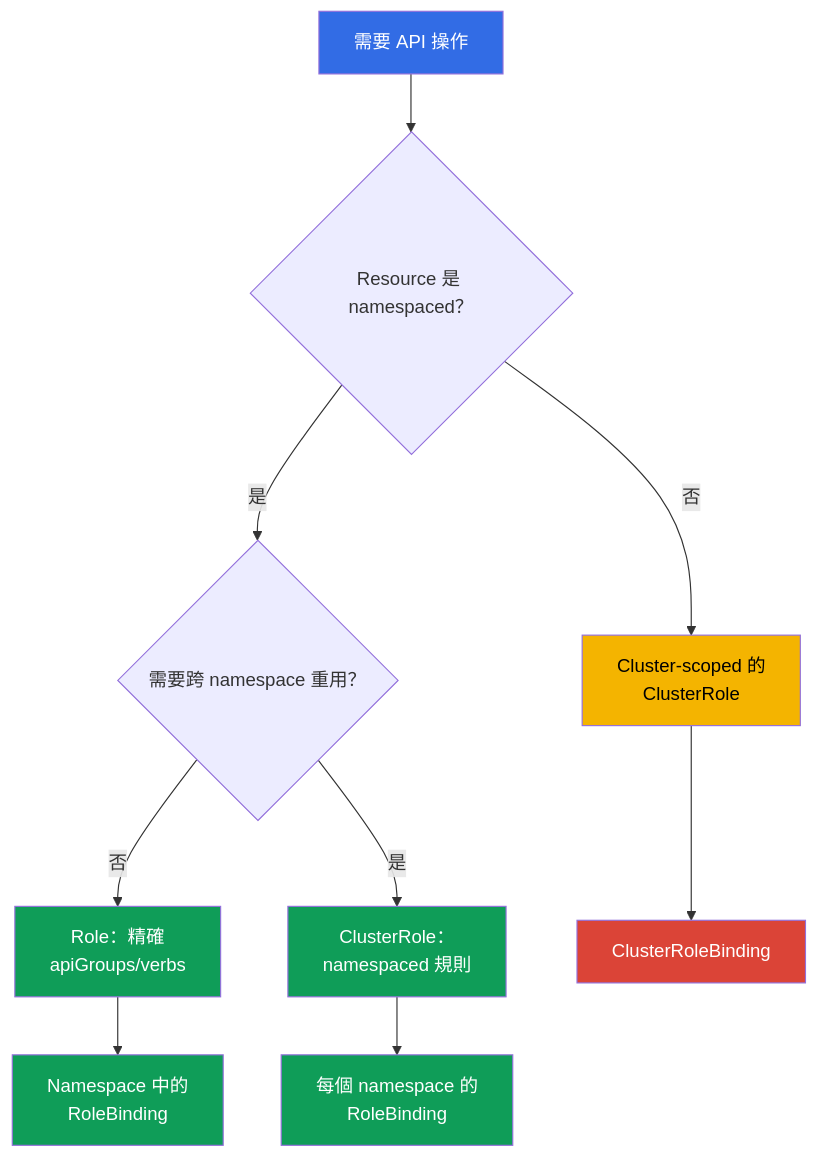
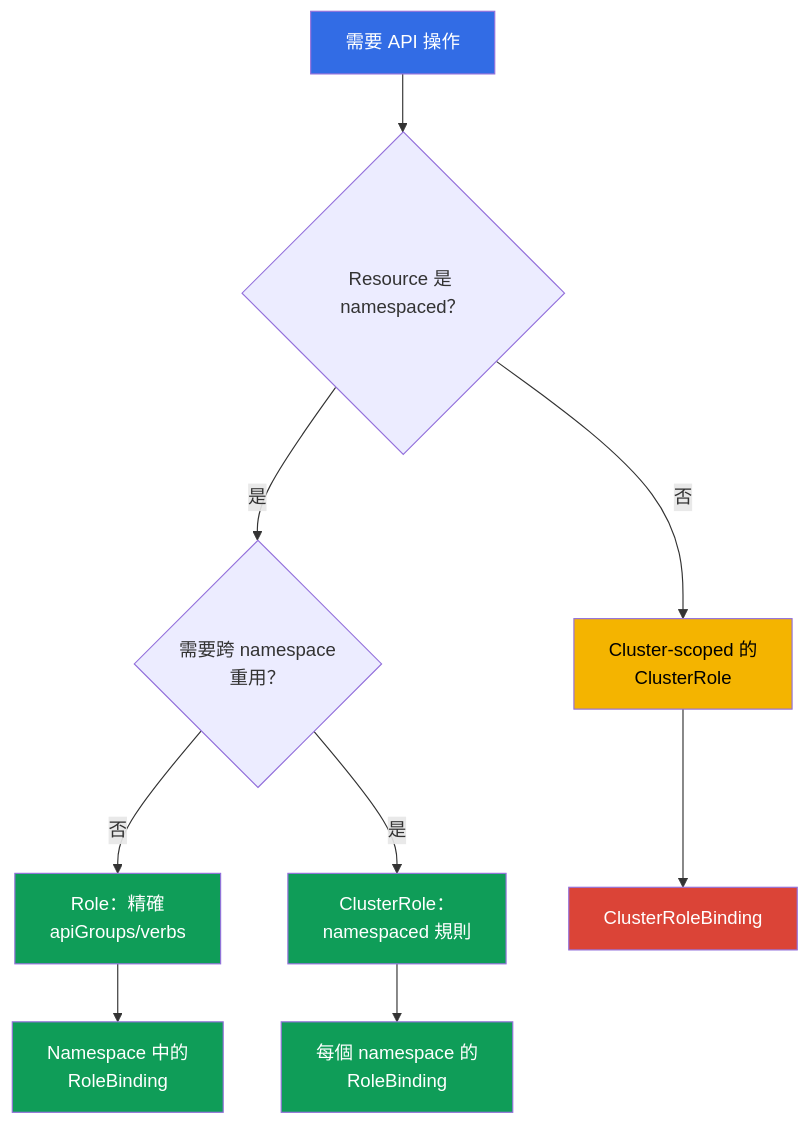
The second of 2 diagrams in tasks/cks/course/10/tw.md (ViktorUJ/cks), drawn with Mermaid before and after one commit. The commit also changed other lines of this file and 280 other files, not shown here.

````diff
--- a/tasks/cks/course/10/tw.md
+++ b/tasks/cks/course/10/tw.md
@@ -285,18 +285,18 @@
 ```mermaid
 flowchart TB
     need["需要 API 操作"] --> scope{"Resource 是 namespaced？"}
-    scope -->|"是"| reuse{"需要跨 namespace 重用？"}
+    scope -->|"是"| reuse{"需要跨 namespace<br/>重用？"}
     reuse -->|"否"| role["Role：精確<br/>apiGroups/verbs"]
     role --> rb["Namespace 中的<br/>RoleBinding"]
     reuse -->|"是"| crn["ClusterRole：<br/>namespaced 規則"]
     crn --> rbn["每個 namespace 的<br/>RoleBinding"]
     scope -->|"否"| cr["Cluster-scoped 的<br/>ClusterRole"]
     cr --> crb["ClusterRoleBinding"]
     style need fill:#326ce5,color:#fff
     style role fill:#0f9d58,color:#fff
     style rb fill:#0f9d58,color:#fff
     style crn fill:#0f9d58,color:#fff
     style rbn fill:#0f9d58,color:#fff
     style cr fill:#f4b400,color:#000
     style crb fill:#db4437,color:#fff
 ```
````
